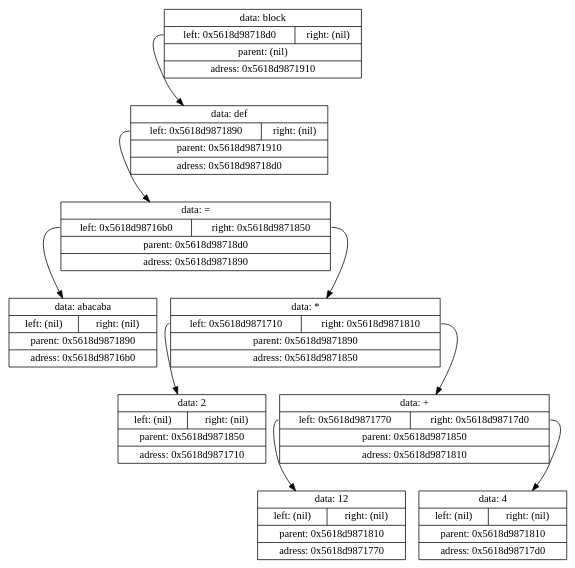
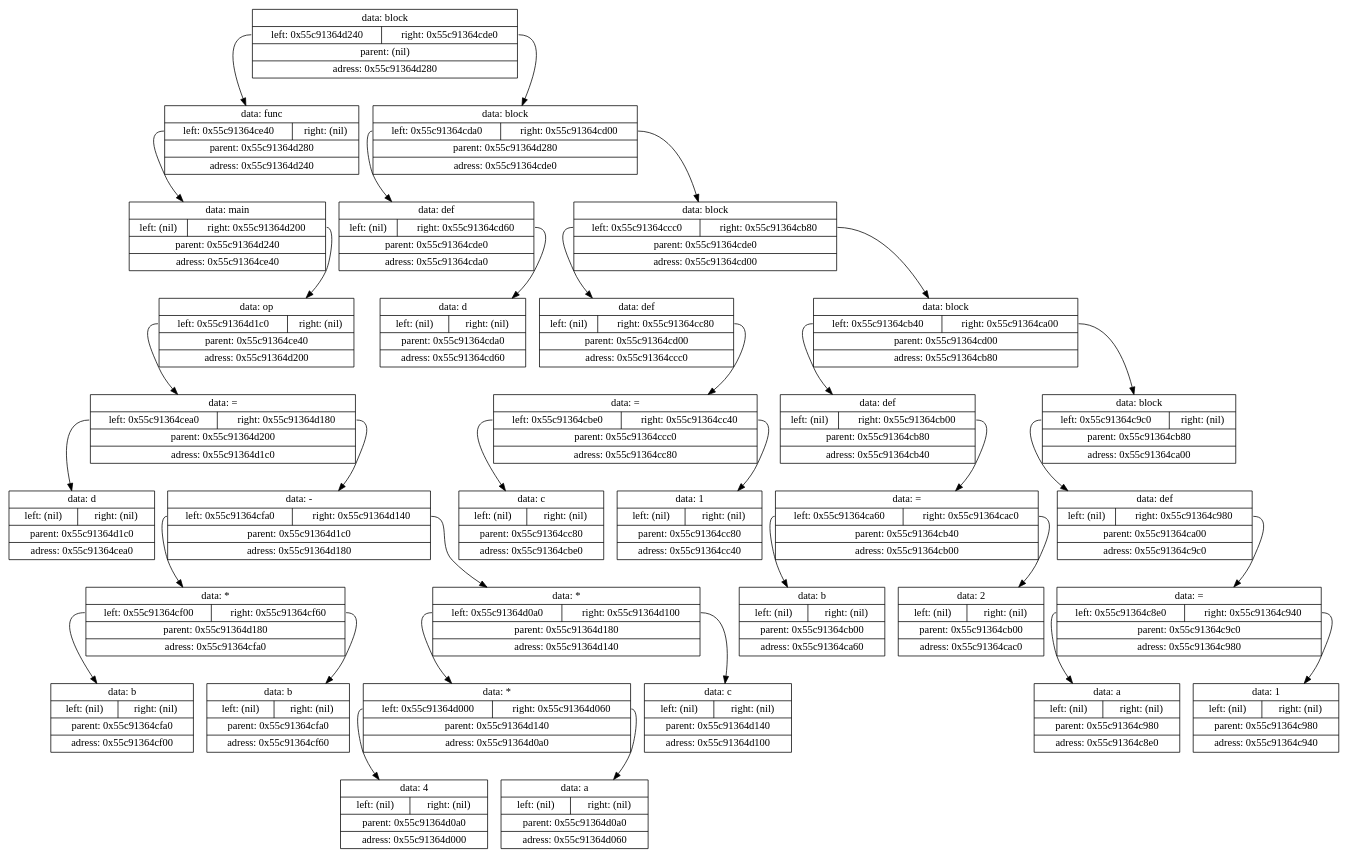
Before and after one commit to Shishqa/MIPT_1sem_C_lang: the diagram in Projects/9.Translator/log/tmp/tempautogeneratedlog.gv, drawn with Graphviz. The commit also changed 14 other files, not shown here.

```diff
--- a/Projects/9.Translator/log/tmp/tempautogeneratedlog.gv
+++ b/Projects/9.Translator/log/tmp/tempautogeneratedlog.gv
@@ -1,21 +1,69 @@
 digraph dump
 {
-	node0x5618d9871910 [shape = "record", label = "{<f1>data: block|{<f2>left: 0x5618d98718d0|<f3>right: (nil)}|<f4>parent: (nil)|<f5>adress: 0x5618d9871910}"];
-	node0x5618d98718d0 [shape = "record", label = "{<f1>data: def|{<f2>left: 0x5618d9871890|<f3>right: (nil)}|<f4>parent: 0x5618d9871910|<f5>adress: 0x5618d98718d0}"];
-	node0x5618d9871890 [shape = "record", label = "{<f1>data: =|{<f2>left: 0x5618d98716b0|<f3>right: 0x5618d9871850}|<f4>parent: 0x5618d98718d0|<f5>adress: 0x5618d9871890}"];
-	node0x5618d98716b0 [shape = "record", label = "{<f1>data: abacaba|{<f2>left: (nil)|<f3>right: (nil)}|<f4>parent: 0x5618d9871890|<f5>adress: 0x5618d98716b0}"];
-	node0x5618d9871890:f2 -> node0x5618d98716b0
-	node0x5618d9871850 [shape = "record", label = "{<f1>data: *|{<f2>left: 0x5618d9871710|<f3>right: 0x5618d9871810}|<f4>parent: 0x5618d9871890|<f5>adress: 0x5618d9871850}"];
-	node0x5618d9871710 [shape = "record", label = "{<f1>data: 2|{<f2>left: (nil)|<f3>right: (nil)}|<f4>parent: 0x5618d9871850|<f5>adress: 0x5618d9871710}"];
-	node0x5618d9871850:f2 -> node0x5618d9871710
-	node0x5618d9871810 [shape = "record", label = "{<f1>data: +|{<f2>left: 0x5618d9871770|<f3>right: 0x5618d98717d0}|<f4>parent: 0x5618d9871850|<f5>adress: 0x5618d9871810}"];
-	node0x5618d9871770 [shape = "record", label = "{<f1>data: 12|{<f2>left: (nil)|<f3>right: (nil)}|<f4>parent: 0x5618d9871810|<f5>adress: 0x5618d9871770}"];
-	node0x5618d9871810:f2 -> node0x5618d9871770
-	node0x5618d98717d0 [shape = "record", label = "{<f1>data: 4|{<f2>left: (nil)|<f3>right: (nil)}|<f4>parent: 0x5618d9871810|<f5>adress: 0x5618d98717d0}"];
-	node0x5618d9871810:f3 -> node0x5618d98717d0
-	node0x5618d9871850:f3 -> node0x5618d9871810
-	node0x5618d9871890:f3 -> node0x5618d9871850
-	node0x5618d98718d0:f2 -> node0x5618d9871890
-	node0x5618d9871910:f2 -> node0x5618d98718d0
+	node0x55c91364d280 [shape = "record", label = "{<f1>data: block|{<f2>left: 0x55c91364d240|<f3>right: 0x55c91364cde0}|<f4>parent: (nil)|<f5>adress: 0x55c91364d280}"];
+	node0x55c91364d240 [shape = "record", label = "{<f1>data: func|{<f2>left: 0x55c91364ce40|<f3>right: (nil)}|<f4>parent: 0x55c91364d280|<f5>adress: 0x55c91364d240}"];
+	node0x55c91364ce40 [shape = "record", label = "{<f1>data: main|{<f2>left: (nil)|<f3>right: 0x55c91364d200}|<f4>parent: 0x55c91364d240|<f5>adress: 0x55c91364ce40}"];
+	node0x55c91364d200 [shape = "record", label = "{<f1>data: op|{<f2>left: 0x55c91364d1c0|<f3>right: (nil)}|<f4>parent: 0x55c91364ce40|<f5>adress: 0x55c91364d200}"];
+	node0x55c91364d1c0 [shape = "record", label = "{<f1>data: =|{<f2>left: 0x55c91364cea0|<f3>right: 0x55c91364d180}|<f4>parent: 0x55c91364d200|<f5>adress: 0x55c91364d1c0}"];
+	node0x55c91364cea0 [shape = "record", label = "{<f1>data: d|{<f2>left: (nil)|<f3>right: (nil)}|<f4>parent: 0x55c91364d1c0|<f5>adress: 0x55c91364cea0}"];
+	node0x55c91364d1c0:f2 -> node0x55c91364cea0
+	node0x55c91364d180 [shape = "record", label = "{<f1>data: -|{<f2>left: 0x55c91364cfa0|<f3>right: 0x55c91364d140}|<f4>parent: 0x55c91364d1c0|<f5>adress: 0x55c91364d180}"];
+	node0x55c91364cfa0 [shape = "record", label = "{<f1>data: *|{<f2>left: 0x55c91364cf00|<f3>right: 0x55c91364cf60}|<f4>parent: 0x55c91364d180|<f5>adress: 0x55c91364cfa0}"];
+	node0x55c91364cf00 [shape = "record", label = "{<f1>data: b|{<f2>left: (nil)|<f3>right: (nil)}|<f4>parent: 0x55c91364cfa0|<f5>adress: 0x55c91364cf00}"];
+	node0x55c91364cfa0:f2 -> node0x55c91364cf00
+	node0x55c91364cf60 [shape = "record", label = "{<f1>data: b|{<f2>left: (nil)|<f3>right: (nil)}|<f4>parent: 0x55c91364cfa0|<f5>adress: 0x55c91364cf60}"];
+	node0x55c91364cfa0:f3 -> node0x55c91364cf60
+	node0x55c91364d180:f2 -> node0x55c91364cfa0
+	node0x55c91364d140 [shape = "record", label = "{<f1>data: *|{<f2>left: 0x55c91364d0a0|<f3>right: 0x55c91364d100}|<f4>parent: 0x55c91364d180|<f5>adress: 0x55c91364d140}"];
+	node0x55c91364d0a0 [shape = "record", label = "{<f1>data: *|{<f2>left: 0x55c91364d000|<f3>right: 0x55c91364d060}|<f4>parent: 0x55c91364d140|<f5>adress: 0x55c91364d0a0}"];
+	node0x55c91364d000 [shape = "record", label = "{<f1>data: 4|{<f2>left: (nil)|<f3>right: (nil)}|<f4>parent: 0x55c91364d0a0|<f5>adress: 0x55c91364d000}"];
+	node0x55c91364d0a0:f2 -> node0x55c91364d000
+	node0x55c91364d060 [shape = "record", label = "{<f1>data: a|{<f2>left: (nil)|<f3>right: (nil)}|<f4>parent: 0x55c91364d0a0|<f5>adress: 0x55c91364d060}"];
+	node0x55c91364d0a0:f3 -> node0x55c91364d060
+	node0x55c91364d140:f2 -> node0x55c91364d0a0
+	node0x55c91364d100 [shape = "record", label = "{<f1>data: c|{<f2>left: (nil)|<f3>right: (nil)}|<f4>parent: 0x55c91364d140|<f5>adress: 0x55c91364d100}"];
+	node0x55c91364d140:f3 -> node0x55c91364d100
+	node0x55c91364d180:f3 -> node0x55c91364d140
+	node0x55c91364d1c0:f3 -> node0x55c91364d180
+	node0x55c91364d200:f2 -> node0x55c91364d1c0
+	node0x55c91364ce40:f3 -> node0x55c91364d200
+	node0x55c91364d240:f2 -> node0x55c91364ce40
+	node0x55c91364d280:f2 -> node0x55c91364d240
+	node0x55c91364cde0 [shape = "record", label = "{<f1>data: block|{<f2>left: 0x55c91364cda0|<f3>right: 0x55c91364cd00}|<f4>parent: 0x55c91364d280|<f5>adress: 0x55c91364cde0}"];
+	node0x55c91364cda0 [shape = "record", label = "{<f1>data: def|{<f2>left: (nil)|<f3>right: 0x55c91364cd60}|<f4>parent: 0x55c91364cde0|<f5>adress: 0x55c91364cda0}"];
+	node0x55c91364cd60 [shape = "record", label = "{<f1>data: d|{<f2>left: (nil)|<f3>right: (nil)}|<f4>parent: 0x55c91364cda0|<f5>adress: 0x55c91364cd60}"];
+	node0x55c91364cda0:f3 -> node0x55c91364cd60
+	node0x55c91364cde0:f2 -> node0x55c91364cda0
+	node0x55c91364cd00 [shape = "record", label = "{<f1>data: block|{<f2>left: 0x55c91364ccc0|<f3>right: 0x55c91364cb80}|<f4>parent: 0x55c91364cde0|<f5>adress: 0x55c91364cd00}"];
+	node0x55c91364ccc0 [shape = "record", label = "{<f1>data: def|{<f2>left: (nil)|<f3>right: 0x55c91364cc80}|<f4>parent: 0x55c91364cd00|<f5>adress: 0x55c91364ccc0}"];
+	node0x55c91364cc80 [shape = "record", label = "{<f1>data: =|{<f2>left: 0x55c91364cbe0|<f3>right: 0x55c91364cc40}|<f4>parent: 0x55c91364ccc0|<f5>adress: 0x55c91364cc80}"];
+	node0x55c91364cbe0 [shape = "record", label = "{<f1>data: c|{<f2>left: (nil)|<f3>right: (nil)}|<f4>parent: 0x55c91364cc80|<f5>adress: 0x55c91364cbe0}"];
+	node0x55c91364cc80:f2 -> node0x55c91364cbe0
+	node0x55c91364cc40 [shape = "record", label = "{<f1>data: 1|{<f2>left: (nil)|<f3>right: (nil)}|<f4>parent: 0x55c91364cc80|<f5>adress: 0x55c91364cc40}"];
+	node0x55c91364cc80:f3 -> node0x55c91364cc40
+	node0x55c91364ccc0:f3 -> node0x55c91364cc80
+	node0x55c91364cd00:f2 -> node0x55c91364ccc0
+	node0x55c91364cb80 [shape = "record", label = "{<f1>data: block|{<f2>left: 0x55c91364cb40|<f3>right: 0x55c91364ca00}|<f4>parent: 0x55c91364cd00|<f5>adress: 0x55c91364cb80}"];
+	node0x55c91364cb40 [shape = "record", label = "{<f1>data: def|{<f2>left: (nil)|<f3>right: 0x55c91364cb00}|<f4>parent: 0x55c91364cb80|<f5>adress: 0x55c91364cb40}"];
+	node0x55c91364cb00 [shape = "record", label = "{<f1>data: =|{<f2>left: 0x55c91364ca60|<f3>right: 0x55c91364cac0}|<f4>parent: 0x55c91364cb40|<f5>adress: 0x55c91364cb00}"];
+	node0x55c91364ca60 [shape = "record", label = "{<f1>data: b|{<f2>left: (nil)|<f3>right: (nil)}|<f4>parent: 0x55c91364cb00|<f5>adress: 0x55c91364ca60}"];
+	node0x55c91364cb00:f2 -> node0x55c91364ca60
+	node0x55c91364cac0 [shape = "record", label = "{<f1>data: 2|{<f2>left: (nil)|<f3>right: (nil)}|<f4>parent: 0x55c91364cb00|<f5>adress: 0x55c91364cac0}"];
+	node0x55c91364cb00:f3 -> node0x55c91364cac0
+	node0x55c91364cb40:f3 -> node0x55c91364cb00
+	node0x55c91364cb80:f2 -> node0x55c91364cb40
+	node0x55c91364ca00 [shape = "record", label = "{<f1>data: block|{<f2>left: 0x55c91364c9c0|<f3>right: (nil)}|<f4>parent: 0x55c91364cb80|<f5>adress: 0x55c91364ca00}"];
+	node0x55c91364c9c0 [shape = "record", label = "{<f1>data: def|{<f2>left: (nil)|<f3>right: 0x55c91364c980}|<f4>parent: 0x55c91364ca00|<f5>adress: 0x55c91364c9c0}"];
+	node0x55c91364c980 [shape = "record", label = "{<f1>data: =|{<f2>left: 0x55c91364c8e0|<f3>right: 0x55c91364c940}|<f4>parent: 0x55c91364c9c0|<f5>adress: 0x55c91364c980}"];
+	node0x55c91364c8e0 [shape = "record", label = "{<f1>data: a|{<f2>left: (nil)|<f3>right: (nil)}|<f4>parent: 0x55c91364c980|<f5>adress: 0x55c91364c8e0}"];
+	node0x55c91364c980:f2 -> node0x55c91364c8e0
+	node0x55c91364c940 [shape = "record", label = "{<f1>data: 1|{<f2>left: (nil)|<f3>right: (nil)}|<f4>parent: 0x55c91364c980|<f5>adress: 0x55c91364c940}"];
+	node0x55c91364c980:f3 -> node0x55c91364c940
+	node0x55c91364c9c0:f3 -> node0x55c91364c980
+	node0x55c91364ca00:f2 -> node0x55c91364c9c0
+	node0x55c91364cb80:f3 -> node0x55c91364ca00
+	node0x55c91364cd00:f3 -> node0x55c91364cb80
+	node0x55c91364cde0:f3 -> node0x55c91364cd00
+	node0x55c91364d280:f3 -> node0x55c91364cde0
 
 }
```
